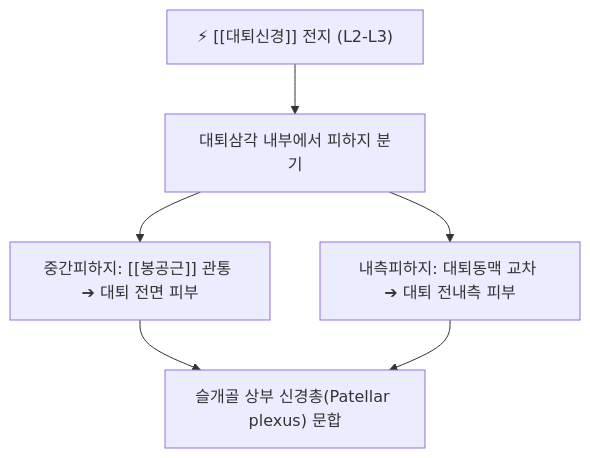
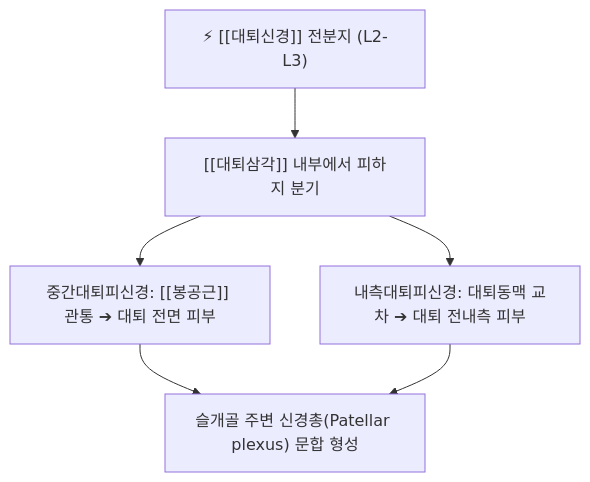
One commit to simbio11/simbio-digital-garden2 changed the diagram in content/1. 근골격계 공부/신경/05_요신경총_하지전방/전대퇴피신경.md. Above: the diagram before and after it, drawn with Mermaid. The commit also changed other lines of this file and 142 other files, not shown here.

````diff
--- a/content/1. 근골격계 공부/신경/05_요신경총_하지전방/전대퇴피신경.md
+++ b/content/1. 근골격계 공부/신경/05_요신경총_하지전방/전대퇴피신경.md
@@ -66,7 +25,7 @@
 ```mermaid
 graph TD
-    Root["⚡ [[대퇴신경]] 전지 (L2-L3)"] --> Split["대퇴삼각 내부에서 피하지 분기"]
-    Split --> Medial["중간피하지: [[봉공근]] 관통 ➔ 대퇴 전면 피부"]
-    Split --> Inter["내측피하지: 대퇴동맥 교차 ➔ 대퇴 전내측 피부"]
-    Medial & Inter --> Knee["슬개골 상부 신경총(Patellar plexus) 문합"]
+    Root["⚡ [[대퇴신경]] 전분지 (L2-L3)"] --> Split["[[대퇴삼각]] 내부에서 피하지 분기"]
+    Split --> Medial["중간대퇴피신경: [[봉공근]] 관통 ➔ 대퇴 전면 피부"]
+    Split --> Inter["내측대퇴피신경: 대퇴동맥 교차 ➔ 대퇴 전내측 피부"]
+    Medial & Inter --> Knee["슬개골 주변 신경총(Patellar plexus) 문합 형성"]
 ```
````
